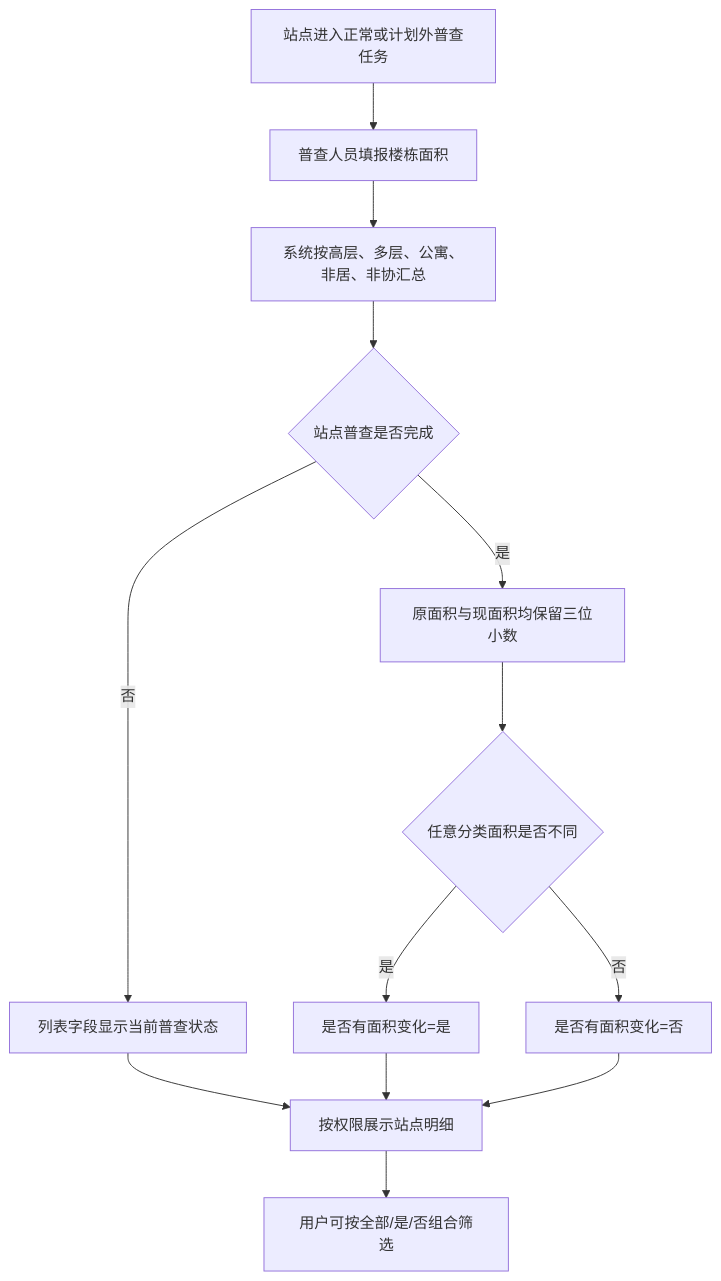
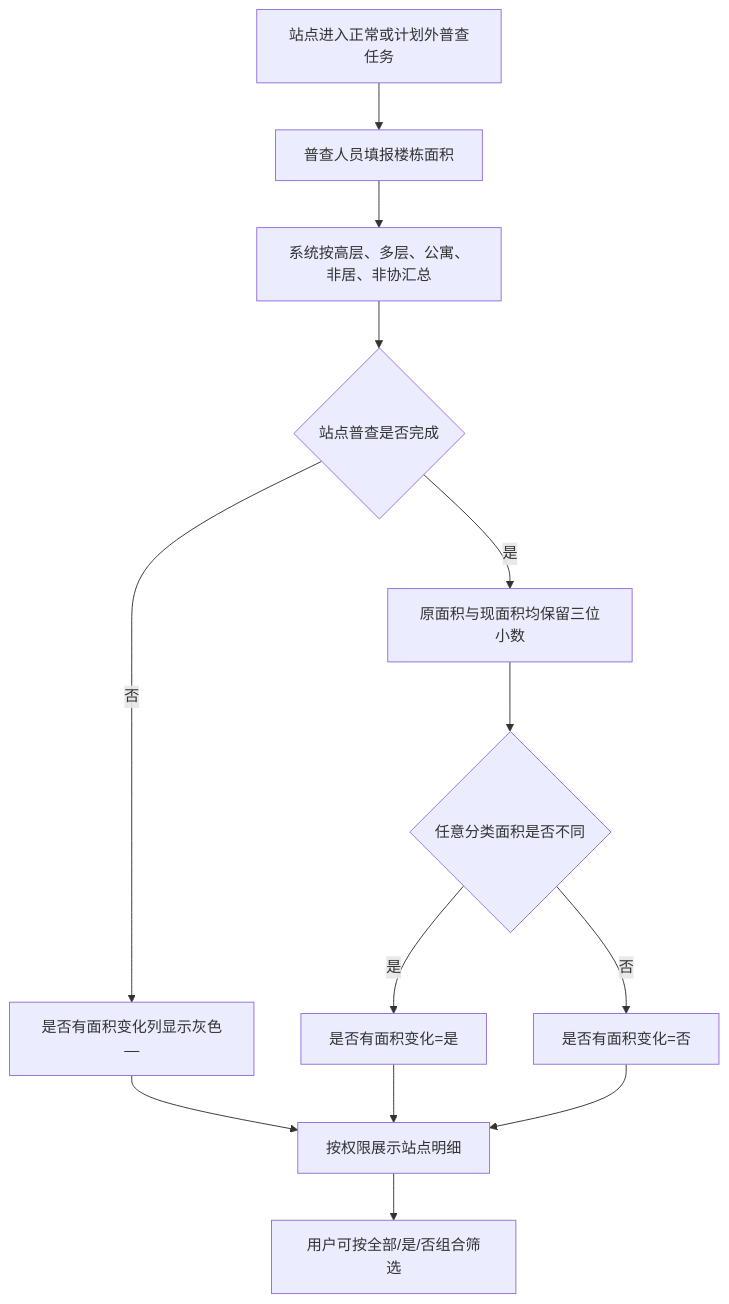
Before and after one commit to caicai9807-code/Area-survey: the diagram in docs/面积普查站点明细-功能规格说明书.md, drawn with Mermaid. The commit also changed other lines of this file and 2 other files, not shown here.

````diff
--- a/docs/面积普查站点明细-功能规格说明书.md
+++ b/docs/面积普查站点明细-功能规格说明书.md
@@ -101,15 +102,15 @@
 ```mermaid
 flowchart TD
     A["站点进入正常或计划外普查任务"] --> B["普查人员填报楼栋面积"]
     B --> C["系统按高层、多层、公寓、非居、非协汇总"]
     C --> D{"站点普查是否完成"}
-    D -- "否" --> E["列表字段显示当前普查状态"]
+    D -- "否" --> E["是否有面积变化列显示灰色—"]
     D -- "是" --> F["原面积与现面积均保留三位小数"]
     F --> G{"任意分类面积是否不同"}
     G -- "是" --> H["是否有面积变化=是"]
     G -- "否" --> I["是否有面积变化=否"]
     E --> J["按权限展示站点明细"]
     H --> J
     I --> J
     J --> K["用户可按全部/是/否组合筛选"]
 ```
````
